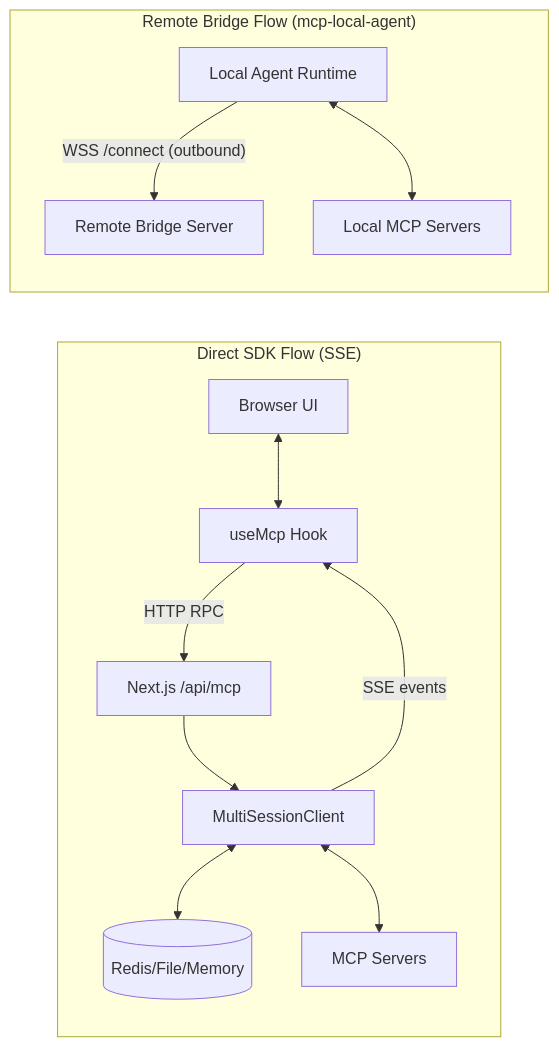
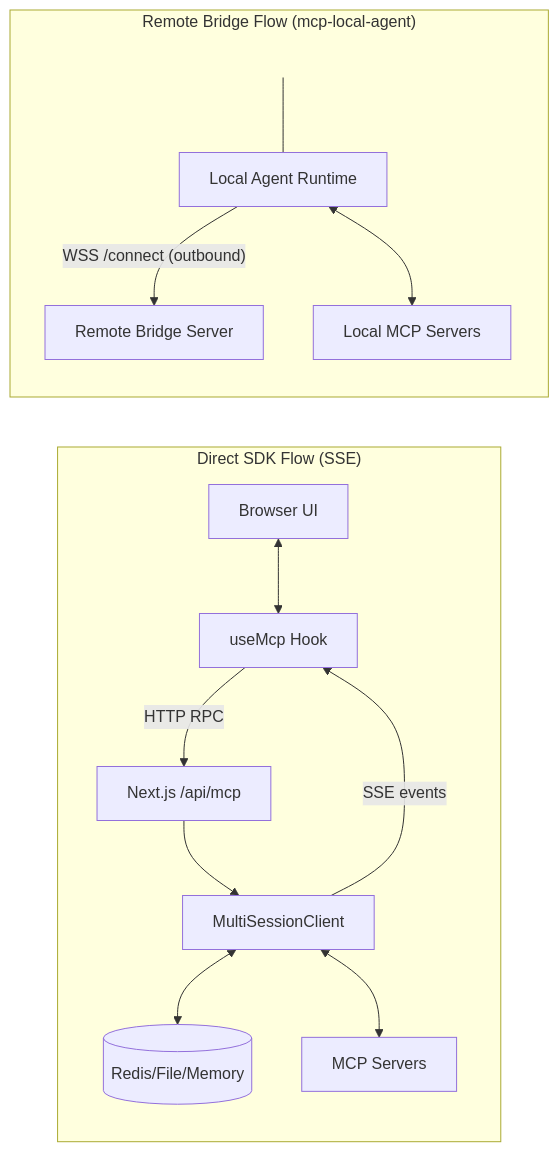
One commit to Granny-vs-luke/mcp-ts changed the diagram in README.md. Above: the diagram before and after it, drawn with Mermaid. The commit also changed 3 other files, not shown here.

````diff
--- a/README.md
+++ b/README.md
@@ -344,27 +344,31 @@
 ```mermaid
 graph LR
     subgraph Direct["Direct SDK Flow (SSE)"]
         UI[Browser UI]
         Hook[useMcp Hook]
         API[Next.js /api/mcp]
         Mgr[MultiSessionClient]
         Store[(Redis/File/Memory)]
         MCP[MCP Servers]
 
         UI <--> Hook
         Hook -- "HTTP RPC" --> API
         API --> Mgr
         Mgr -- "SSE events" --> Hook
         Mgr <--> Store
         Mgr <--> MCP
     end
 
     subgraph Bridge["Remote Bridge Flow (mcp-local-agent)"]
+        direction TB
+        Spacer[" "]
         Agent[Local Agent Runtime]
         Remote[Remote Bridge Server]
         LocalMcp[Local MCP Servers]
 
+        Spacer --- Agent
         Agent -- "WSS /connect (outbound)" --> Remote
         Agent <--> LocalMcp
+        style Spacer fill:transparent,stroke:transparent,color:transparent
     end
 ```
````
